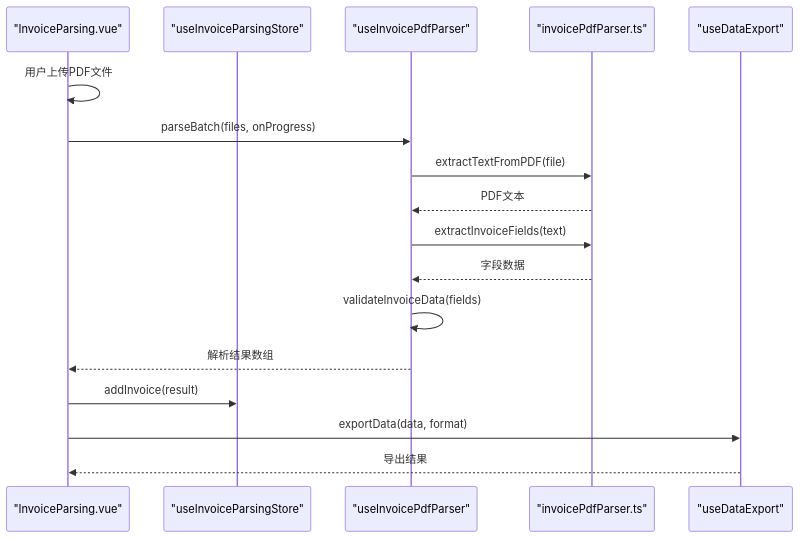
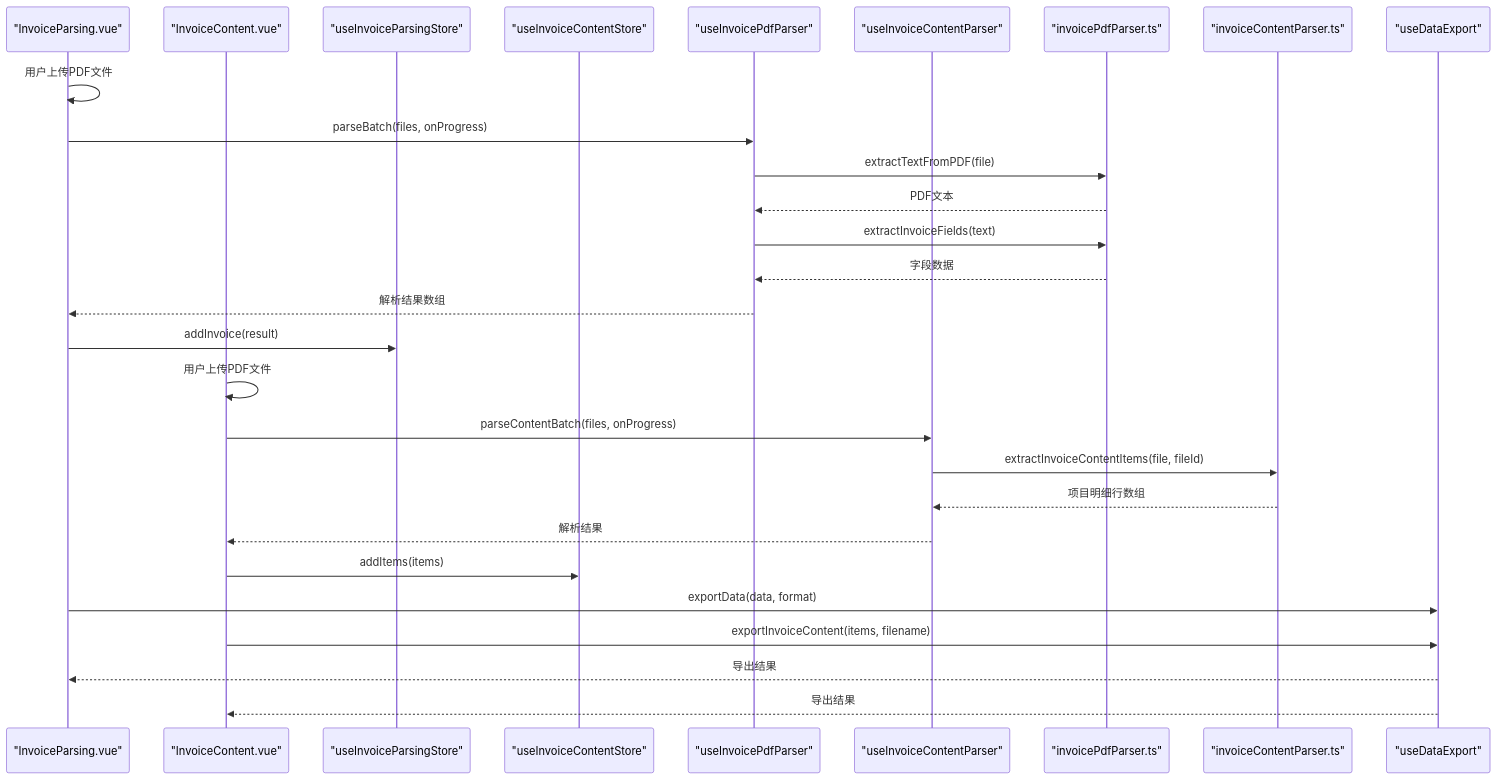
One commit to dunhuixiao/FinanceTools changed the second of 7 diagrams in .qoder/repowiki/zh/content/状态管理设计/状态管理设计.md. Above: the diagram before and after it, drawn with Mermaid. The commit also changed other lines of this file and 20 other files, not shown here.

````diff
--- a/.qoder/repowiki/zh/content/状态管理设计/状态管理设计.md
+++ b/.qoder/repowiki/zh/content/状态管理设计/状态管理设计.md
@@ -122,19 +154,30 @@
 ```mermaid
 sequenceDiagram
 participant View as "InvoiceParsing.vue"
-participant Store as "useInvoiceParsingStore"
-participant Parser as "useInvoicePdfParser"
-participant Util as "invoicePdfParser.ts"
+participant ContentView as "InvoiceContent.vue"
+participant ParseStore as "useInvoiceParsingStore"
+participant ContentStore as "useInvoiceContentStore"
+participant ParseParser as "useInvoicePdfParser"
+participant ContentParser as "useInvoiceContentParser"
+participant ParseUtil as "invoicePdfParser.ts"
+participant ContentUtil as "invoiceContentParser.ts"
 participant Export as "useDataExport"
 View->>View : 用户上传PDF文件
-View->>Parser : parseBatch(files, onProgress)
-Parser->>Util : extractTextFromPDF(file)
-Util-->>Parser : PDF文本
-Parser->>Util : extractInvoiceFields(text)
-Util-->>Parser : 字段数据
-Parser->>Parser : validateInvoiceData(fields)
-Parser-->>View : 解析结果数组
-View->>Store : addInvoice(result)
+View->>ParseParser : parseBatch(files, onProgress)
+ParseParser->>ParseUtil : extractTextFromPDF(file)
+ParseUtil-->>ParseParser : PDF文本
+ParseParser->>ParseUtil : extractInvoiceFields(text)
+ParseUtil-->>ParseParser : 字段数据
+ParseParser-->>View : 解析结果数组
+View->>ParseStore : addInvoice(result)
+ContentView->>ContentView : 用户上传PDF文件
+ContentView->>ContentParser : parseContentBatch(files, onProgress)
+ContentParser->>ContentUtil : extractInvoiceContentItems(file, fileId)
+ContentUtil-->>ContentParser : 项目明细行数组
+ContentParser-->>ContentView : 解析结果
+ContentView->>ContentStore : addItems(items)
 View->>Export : exportData(data, format)
+ContentView->>Export : exportInvoiceContent(items, filename)
 Export-->>View : 导出结果
+Export-->>ContentView : 导出结果
 ```
````
